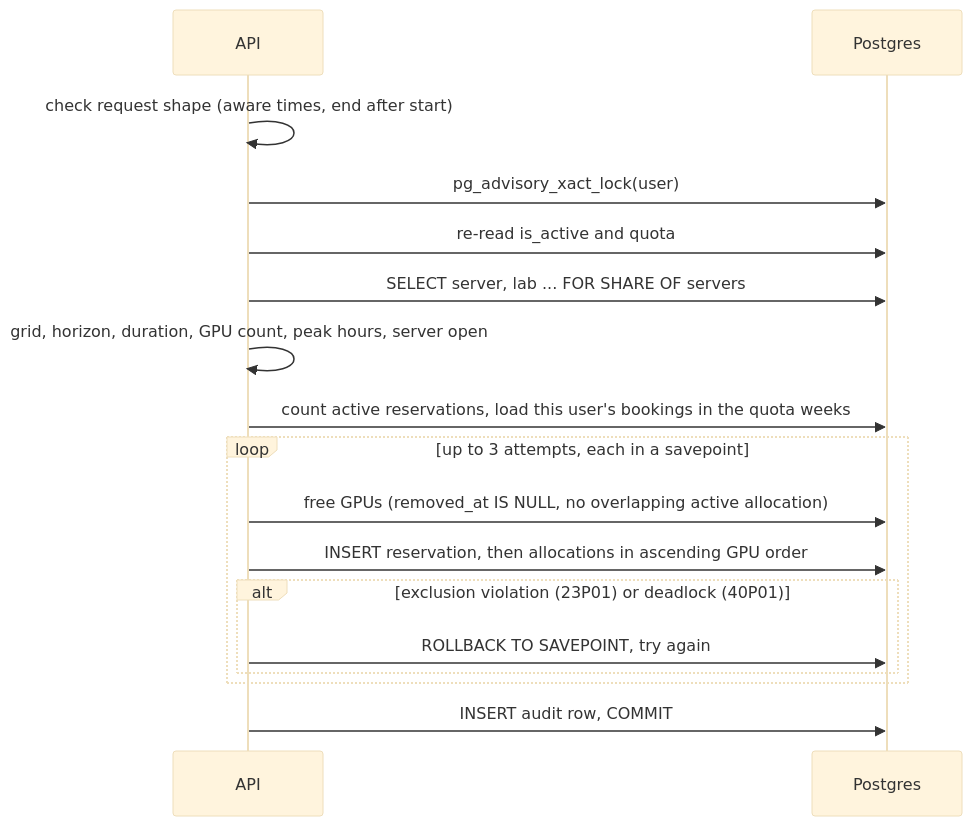
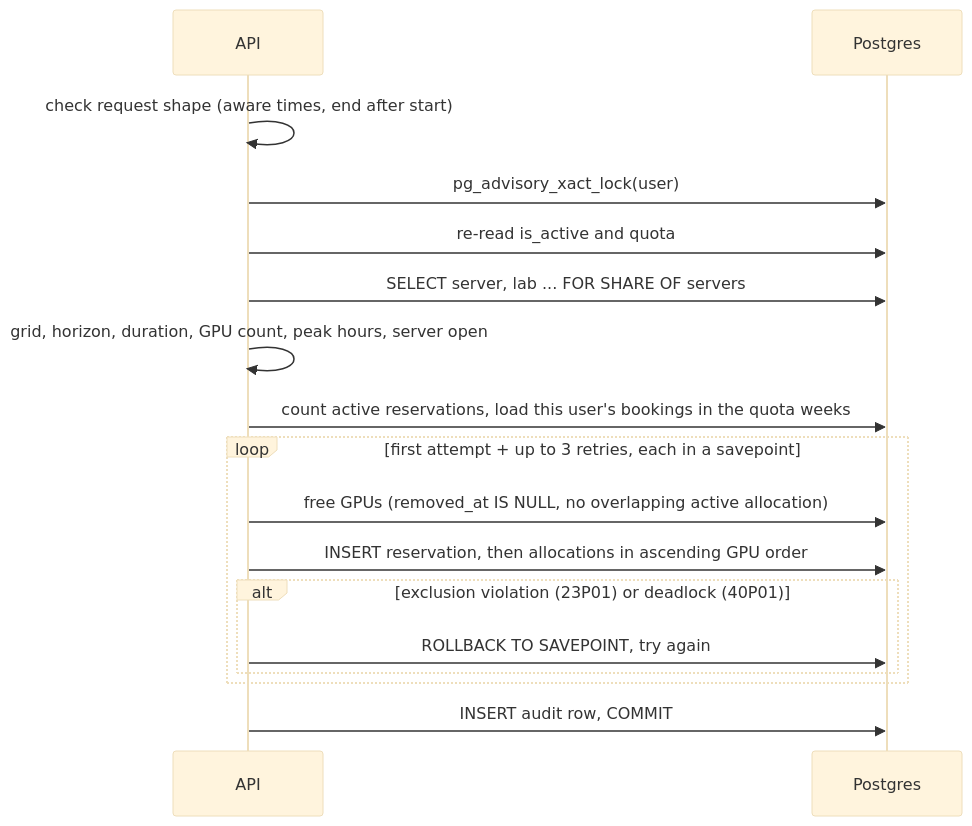
The second of 3 diagrams in docs/architecture.md (yyang43967/gpu-reserve), drawn with Mermaid (base theme) before and after one commit. The commit also changed other lines of this file and 1 other file, not shown here.

Commit message:
docs: record reservation rules that were implicit

````diff
--- a/docs/architecture.md
+++ b/docs/architecture.md
@@ -117,20 +117,20 @@
 ```mermaid
 sequenceDiagram
     participant A as API
     participant D as Postgres
 
     A->>A: check request shape (aware times, end after start)
     A->>D: pg_advisory_xact_lock(user)
     A->>D: re-read is_active and quota
     A->>D: SELECT server, lab ... FOR SHARE OF servers
     A->>A: grid, horizon, duration, GPU count, peak hours, server open
     A->>D: count active reservations, load this user's bookings in the quota weeks
-    loop up to 3 attempts, each in a savepoint
+    loop first attempt + up to 3 retries, each in a savepoint
         A->>D: free GPUs (removed_at IS NULL, no overlapping active allocation)
         A->>D: INSERT reservation, then allocations in ascending GPU order
         alt exclusion violation (23P01) or deadlock (40P01)
             A->>D: ROLLBACK TO SAVEPOINT, try again
         end
     end
     A->>D: INSERT audit row, COMMIT
 ```
````
